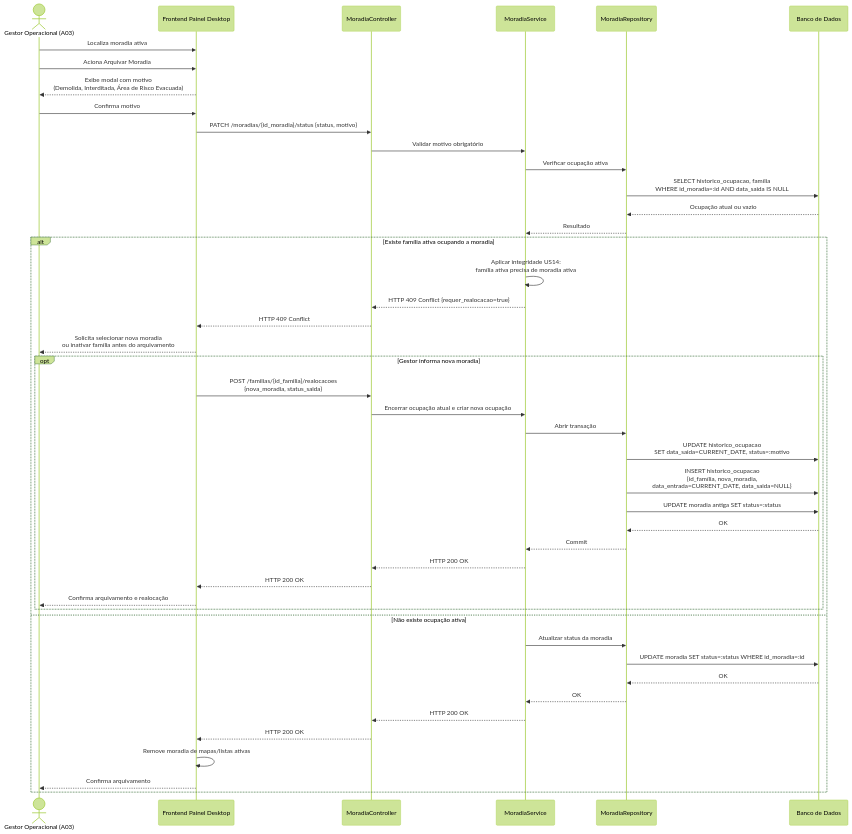
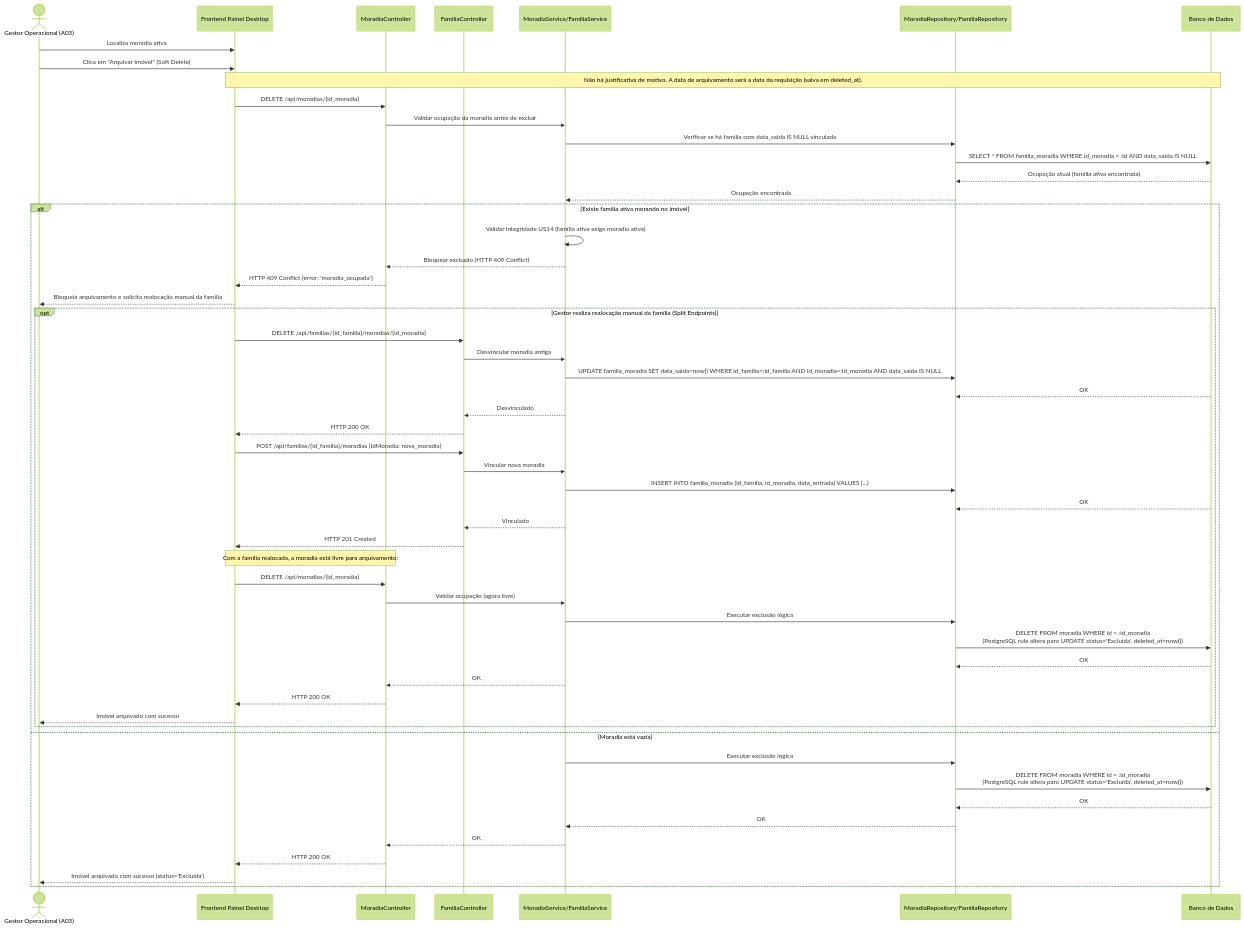
Before and after one commit to davitricarico-wq/g03: the ninth of 17 diagrams in documentos/wad.md, drawn with Mermaid (forest theme). The commit also changed other lines of this file, not shown here.

Commit message:
docs(#153): fl06, e fl07 e fl08 do diagrama de sequencia UML atualizado com base no backend e endpoints atuais e estrutura da sessão organizada

````diff
--- a/documentos/wad.md
+++ b/documentos/wad.md
@@ -1148,52 +988,63 @@
 ```mermaid
 sequenceDiagram
     actor Gestor as Gestor Operacional (A03)
     participant Frontend as Frontend Painel Desktop
-    participant Controller as MoradiaController
-    participant Service as MoradiaService
-    participant Repository as MoradiaRepository
+    participant MoradiaController as MoradiaController
+    participant FamiliaController as FamiliaController
+    participant Service as MoradiaService/FamiliaService
+    participant Repository as MoradiaRepository/FamiliaRepository
     participant DB as Banco de Dados
 
     Gestor->>Frontend: Localiza moradia ativa
-    Gestor->>Frontend: Aciona Arquivar Moradia
-    Frontend-->>Gestor: Exibe modal com motivo<br/>(Demolida, Interditada, Área de Risco Evacuada)
-    Gestor->>Frontend: Confirma motivo
+    Gestor->>Frontend: Clica em "Arquivar Imóvel" (Soft Delete)
 
-    Frontend->>Controller: PATCH /moradias/{id_moradia}/status {status, motivo}
-    Controller->>Service: Validar motivo obrigatório
-    Service->>Repository: Verificar ocupação ativa
-    Repository->>DB: SELECT historico_ocupacao, família<br/>WHERE id_moradia=:id AND data_saida IS NULL
-    DB-->>Repository: Ocupação atual ou vazio
-    Repository-->>Service: Resultado
+    Note over Frontend, DB: Não há justificativa de motivo. A data de arquivamento será a data da requisição (salva em deleted_at).
 
-    alt Existe família ativa ocupando a moradia
-        Service->>Service: Aplicar integridade US14:<br/>família ativa precisa de moradia ativa
-        Service-->>Controller: HTTP 409 Conflict {requer_realocacao=true}
-        Controller-->>Frontend: HTTP 409 Conflict
-        Frontend-->>Gestor: Solicita selecionar nova moradia<br/>ou inativar família antes do arquivamento
+    Frontend->>MoradiaController: DELETE /api/moradias/{id_moradia}
+    MoradiaController->>Service: Validar ocupação da moradia antes de excluir
+    Service->>Repository: Verificar se há família com data_saida IS NULL vinculada
+    Repository->>DB: SELECT * FROM familia_moradia WHERE id_moradia = :id AND data_saida IS NULL
+    DB-->>Repository: Ocupação atual (família ativa encontrada)
+    Repository-->>Service: Ocupação encontrada
 
-        opt Gestor informa nova moradia
-            Frontend->>Controller: POST /familias/{id_familia}/realocacoes<br/>{nova_moradia, status_saida}
-            Controller->>Service: Encerrar ocupação atual e criar nova ocupação
-            Service->>Repository: Abrir transação
-            Repository->>DB: UPDATE historico_ocupacao<br/>SET data_saida=CURRENT_DATE, status=:motivo
-            Repository->>DB: INSERT historico_ocupacao<br/>{id_família, nova_moradia,<br/>data_entrada=CURRENT_DATE, data_saida=NULL}
-            Repository->>DB: UPDATE moradia antiga SET status=:status
+    alt Existe família ativa morando no imóvel
+        Service->>Service: Validar integridade US14 (família ativa exige moradia ativa)
+        Service-->>MoradiaController: Bloquear exclusão (HTTP 409 Conflict)
+        MoradiaController-->>Frontend: HTTP 409 Conflict {error: 'moradia_ocupada'}
+        Frontend-->>Gestor: Bloqueia arquivamento e solicita realocação manual da família
+
+        opt Gestor realiza realocação manual da família (Split Endpoints)
+            Frontend->>FamiliaController: DELETE /api/familias/{id_familia}/moradias/{id_moradia}
+            FamiliaController->>Service: Desvincular moradia antiga
+            Service->>Repository: UPDATE familia_moradia SET data_saida=now() WHERE id_familia=:id_familia AND id_moradia=:id_moradia AND data_saida IS NULL
             DB-->>Repository: OK
-            Repository-->>Service: Commit
-            Service-->>Controller: HTTP 200 OK
-            Controller-->>Frontend: HTTP 200 OK
-            Frontend-->>Gestor: Confirma arquivamento e realocação
+            Service-->>FamiliaController: Desvinculado
+            FamiliaController-->>Frontend: HTTP 200 OK
+
+            Frontend->>FamiliaController: POST /api/familias/{id_familia}/moradias {idMoradia: nova_moradia}
+            FamiliaController->>Service: Vincular nova moradia
+            Service->>Repository: INSERT INTO familia_moradia (id_familia, id_moradia, data_entrada) VALUES (...)
+            DB-->>Repository: OK
+            Service-->>FamiliaController: Vinculado
+            FamiliaController-->>Frontend: HTTP 201 Created
+
+            Note over Frontend, MoradiaController: Com a família realocada, a moradia está livre para arquivamento:
+            Frontend->>MoradiaController: DELETE /api/moradias/{id_moradia}
+            MoradiaController->>Service: Validar ocupação (agora livre)
+            Service->>Repository: Executar exclusão lógica
+            Repository->>DB: DELETE FROM moradia WHERE id = :id_moradia<br/>(PostgreSQL rule altera para UPDATE status='Excluída', deleted_at=now())
+            DB-->>Repository: OK
+            Service-->>MoradiaController: OK
+            MoradiaController-->>Frontend: HTTP 200 OK
+            Frontend-->>Gestor: Imóvel arquivado com sucesso
         end
-
-    else Não existe ocupação ativa
-        Service->>Repository: Atualizar status da moradia
-        Repository->>DB: UPDATE moradia SET status=:status WHERE id_moradia=:id
+    else Moradia está vazia
+        Service->>Repository: Executar exclusão lógica
+        Repository->>DB: DELETE FROM moradia WHERE id = :id_moradia<br/>(PostgreSQL rule altera para UPDATE status='Excluída', deleted_at=now())
         DB-->>Repository: OK
         Repository-->>Service: OK
-        Service-->>Controller: HTTP 200 OK
-        Controller-->>Frontend: HTTP 200 OK
-        Frontend->>Frontend: Remove moradia de mapas/listas ativas
-        Frontend-->>Gestor: Confirma arquivamento
+        Service-->>MoradiaController: OK
+        MoradiaController-->>Frontend: HTTP 200 OK
+        Frontend-->>Gestor: Imóvel arquivado com sucesso (status='Excluída')
     end
 ```
````
